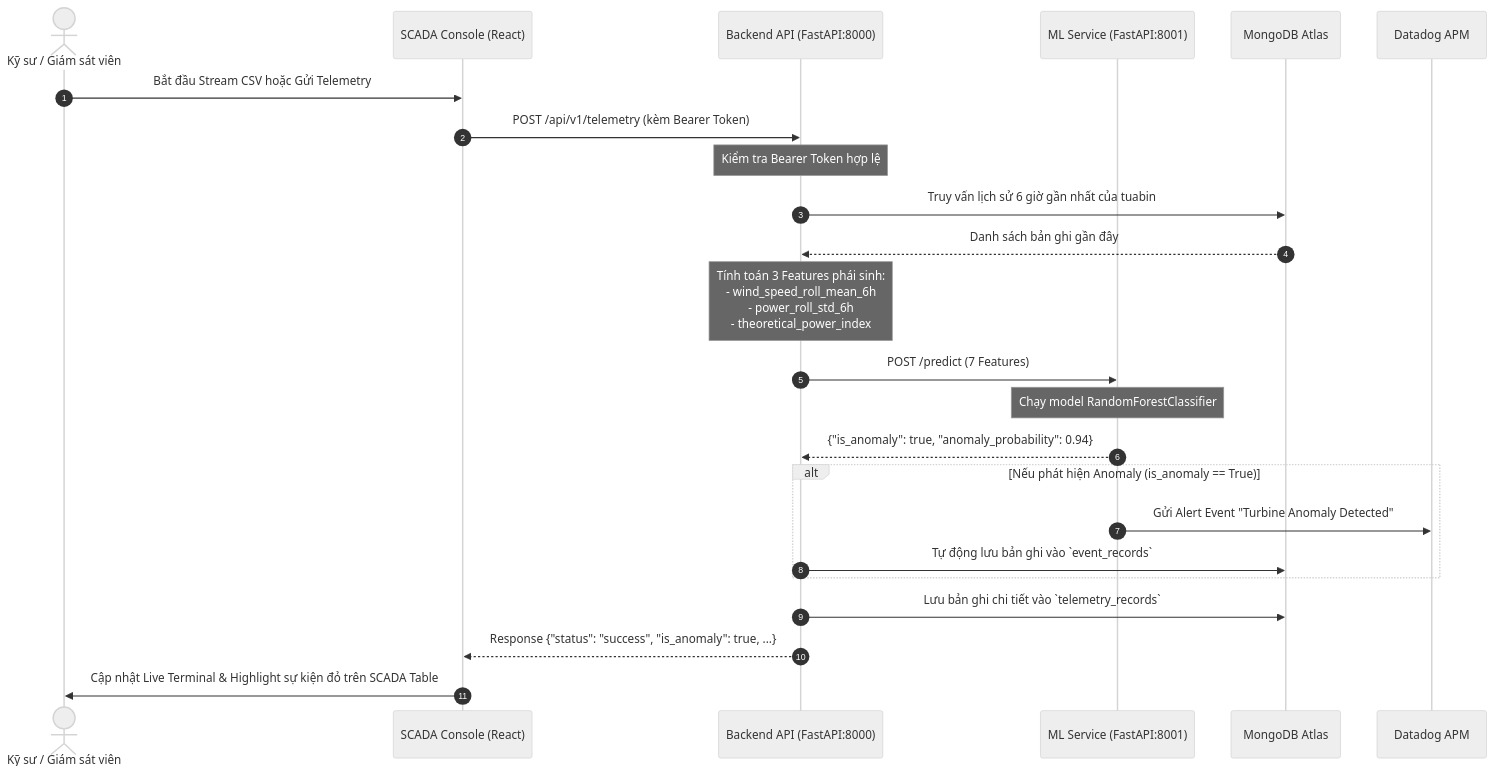
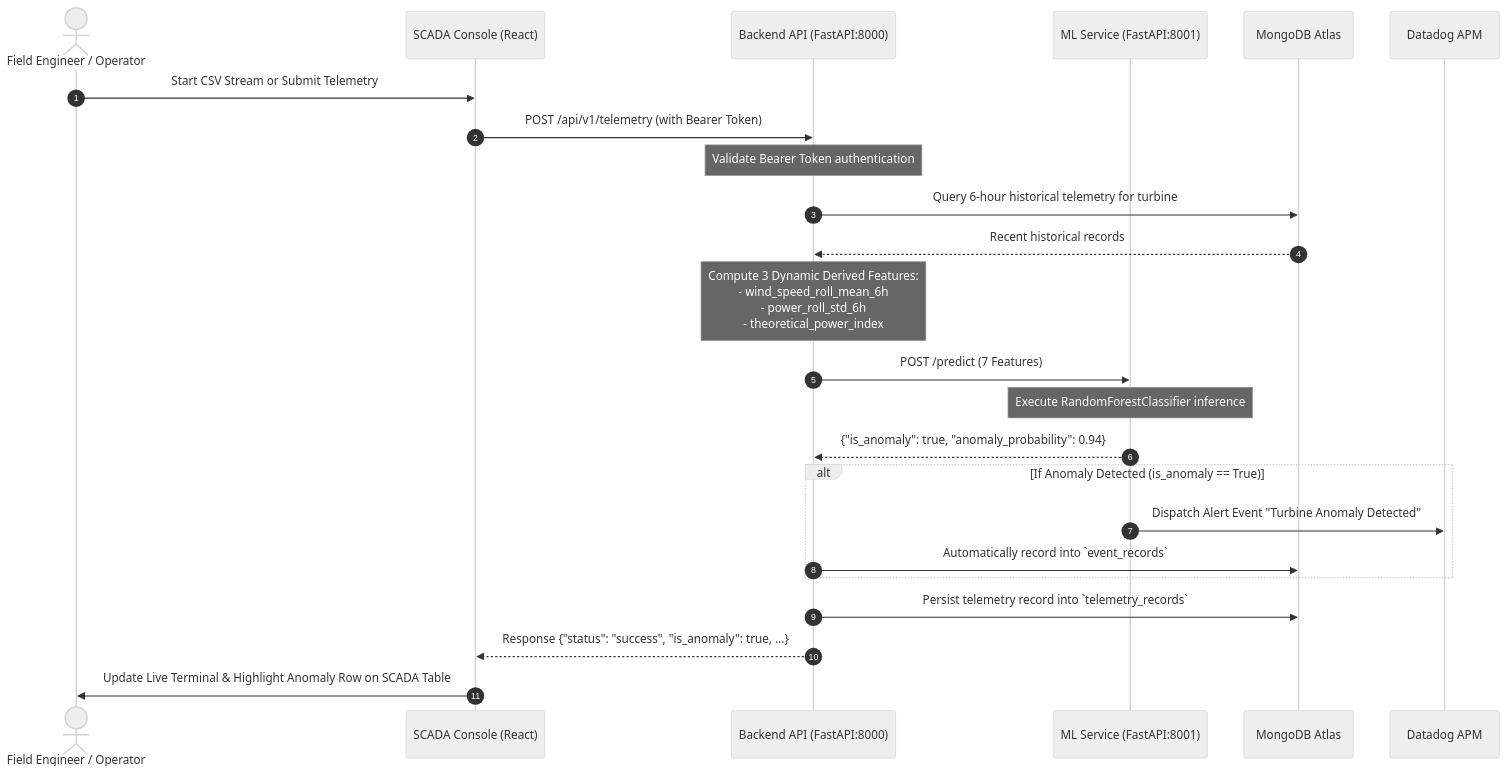
One commit to ddhoang2440/WindFarm changed the second of 3 diagrams in docs/architecture.md. Above: the diagram before and after it, drawn with Mermaid (neutral theme). The commit also changed other lines of this file and 22 other files, not shown here.

````diff
--- a/docs/architecture.md
+++ b/docs/architecture.md
@@ -49,29 +49,29 @@
 ```mermaid
 sequenceDiagram
     autonumber
-    actor Operator as Kỹ sư / Giám sát viên
+    actor Operator as Field Engineer / Operator
     participant UI as SCADA Console (React)
     participant BE as Backend API (FastAPI:8000)
     participant ML as ML Service (FastAPI:8001)
     participant DB as MongoDB Atlas
     participant DD as Datadog APM
 
-    Operator->>UI: Bắt đầu Stream CSV hoặc Gửi Telemetry
-    UI->>BE: POST /api/v1/telemetry (kèm Bearer Token)
-    Note over BE: Kiểm tra Bearer Token hợp lệ
-    BE->>DB: Truy vấn lịch sử 6 giờ gần nhất của tuabin
-    DB-->>BE: Danh sách bản ghi gần đây
-    Note over BE: Tính toán 3 Features phái sinh:<br/>- wind_speed_roll_mean_6h<br/>- power_roll_std_6h<br/>- theoretical_power_index
+    Operator->>UI: Start CSV Stream or Submit Telemetry
+    UI->>BE: POST /api/v1/telemetry (with Bearer Token)
+    Note over BE: Validate Bearer Token authentication
+    BE->>DB: Query 6-hour historical telemetry for turbine
+    DB-->>BE: Recent historical records
+    Note over BE: Compute 3 Dynamic Derived Features:<br/>- wind_speed_roll_mean_6h<br/>- power_roll_std_6h<br/>- theoretical_power_index
     BE->>ML: POST /predict (7 Features)
-    Note over ML: Chạy model RandomForestClassifier
+    Note over ML: Execute RandomForestClassifier inference
     ML-->>BE: {"is_anomaly": true, "anomaly_probability": 0.94}
     
-    alt Nếu phát hiện Anomaly (is_anomaly == True)
-        ML->>DD: Gửi Alert Event "Turbine Anomaly Detected"
-        BE->>DB: Tự động lưu bản ghi vào `event_records`
+    alt If Anomaly Detected (is_anomaly == True)
+        ML->>DD: Dispatch Alert Event "Turbine Anomaly Detected"
+        BE->>DB: Automatically record into `event_records`
     end
     
-    BE->>DB: Lưu bản ghi chi tiết vào `telemetry_records`
+    BE->>DB: Persist telemetry record into `telemetry_records`
     BE-->>UI: Response {"status": "success", "is_anomaly": true, ...}
-    UI->>Operator: Cập nhật Live Terminal & Highlight sự kiện đỏ trên SCADA Table
+    UI->>Operator: Update Live Terminal & Highlight Anomaly Row on SCADA Table
 ```
````
